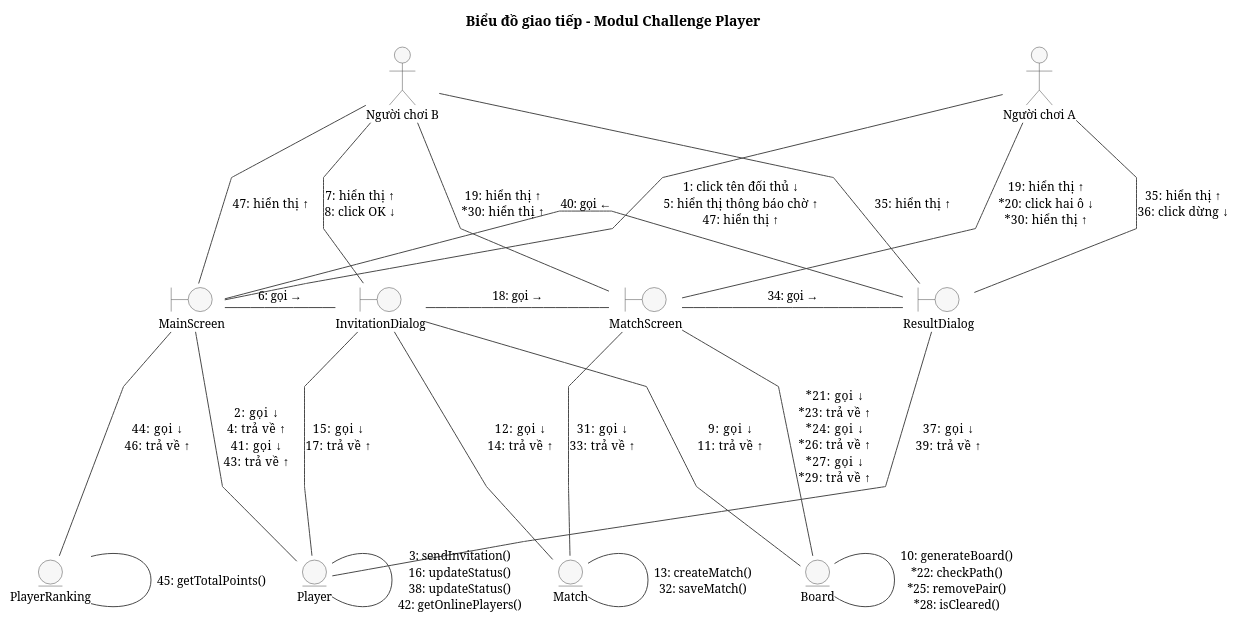
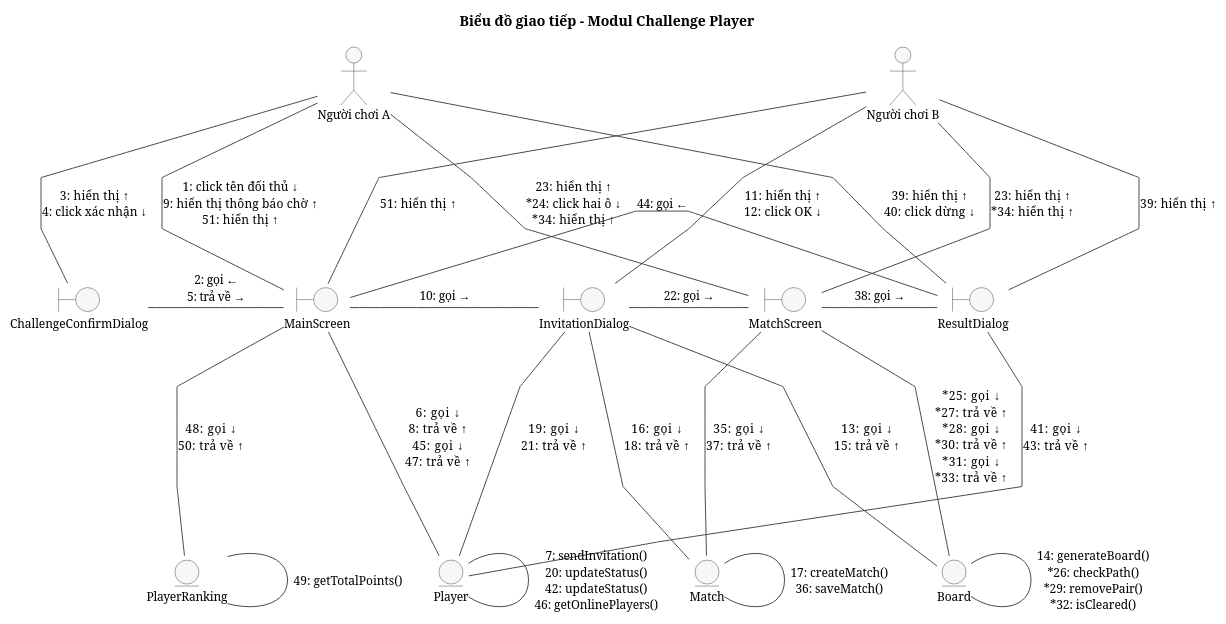
Before and after one commit to VattenL/mobile-pikachu: the diagram in docs/uml/pha2/comm-m3.puml, drawn with PlantUML. The commit also changed 25 other files, not shown here.

First line of the commit message:
docs: apply team review on use cases and challenge flow

```diff
--- a/docs/uml/pha2/comm-m3.puml
+++ b/docs/uml/pha2/comm-m3.puml
@@ -1,62 +1,65 @@
 @startuml comm-m3
 title Biểu đồ giao tiếp - Modul Challenge Player
 
 skinparam shadowing false
 skinparam linetype polyline
 skinparam nodesep 60
 skinparam ranksep 110
 skinparam defaultFontSize 12
 skinparam ArrowColor #4A4A4A
 skinparam actor {
   BackgroundColor #F7F7F7
   BorderColor #4A4A4A
 }
 skinparam boundary {
   BackgroundColor #F7F7F7
   BorderColor #4A4A4A
 }
 skinparam entity {
   BackgroundColor #F7F7F7
   BorderColor #4A4A4A
 }
 
 actor "Người chơi B" as B
 actor "Người chơi A" as A
 
+boundary ChallengeConfirmDialog
 boundary MainScreen
 boundary InvitationDialog
 boundary MatchScreen
 boundary ResultDialog
 
 entity Player
 entity PlayerRanking
 entity Match
 entity Board
 
-A -down- MainScreen : "1: click tên đối thủ ↓\n5: hiển thị thông báo chờ ↑\n47: hiển thị ↑"
-B -down- MainScreen : "47: hiển thị ↑"
-B -down- InvitationDialog : "7: hiển thị ↑\n8: click OK ↓"
-A -down- MatchScreen : "19: hiển thị ↑\n<U+002A>20: click hai ô ↓\n<U+002A>30: hiển thị ↑"
-B -down- MatchScreen : "19: hiển thị ↑\n<U+002A>30: hiển thị ↑"
-A -down- ResultDialog : "35: hiển thị ↑\n36: click dừng ↓"
-B -down- ResultDialog : "35: hiển thị ↑"
+A -down- MainScreen : "1: click tên đối thủ ↓\n9: hiển thị thông báo chờ ↑\n51: hiển thị ↑"
+A -down- ChallengeConfirmDialog : "3: hiển thị ↑\n4: click xác nhận ↓"
+B -down- MainScreen : "51: hiển thị ↑"
+B -down- InvitationDialog : "11: hiển thị ↑\n12: click OK ↓"
+A -down- MatchScreen : "23: hiển thị ↑\n<U+002A>24: click hai ô ↓\n<U+002A>34: hiển thị ↑"
+B -down- MatchScreen : "23: hiển thị ↑\n<U+002A>34: hiển thị ↑"
+A -down- ResultDialog : "39: hiển thị ↑\n40: click dừng ↓"
+B -down- ResultDialog : "39: hiển thị ↑"
 
-MainScreen -right- InvitationDialog : "6: gọi →"
-InvitationDialog -right- MatchScreen : "18: gọi →"
-MatchScreen -right- ResultDialog : "34: gọi →"
-ResultDialog -[norank]- MainScreen : "40: gọi ←"
+ChallengeConfirmDialog -right- MainScreen : "2: gọi ←\n5: trả về →"
+MainScreen -right- InvitationDialog : "10: gọi →"
+InvitationDialog -right- MatchScreen : "22: gọi →"
+MatchScreen -right- ResultDialog : "38: gọi →"
+ResultDialog -[norank]- MainScreen : "44: gọi ←"
 
-MainScreen -down- Player : "2: gọi ↓\n4: trả về ↑\n41: gọi ↓\n43: trả về ↑"
-MainScreen -down- PlayerRanking : "44: gọi ↓\n46: trả về ↑"
-InvitationDialog -down- Board : "9: gọi ↓\n11: trả về ↑"
-InvitationDialog -down- Match : "12: gọi ↓\n14: trả về ↑"
-InvitationDialog -down- Player : "15: gọi ↓\n17: trả về ↑"
-MatchScreen -down- Board : "<U+002A>21: gọi ↓\n<U+002A>23: trả về ↑\n<U+002A>24: gọi ↓\n<U+002A>26: trả về ↑\n<U+002A>27: gọi ↓\n<U+002A>29: trả về ↑"
-MatchScreen -down- Match : "31: gọi ↓\n33: trả về ↑"
-ResultDialog -down- Player : "37: gọi ↓\n39: trả về ↑"
+MainScreen -down- Player : "6: gọi ↓\n8: trả về ↑\n45: gọi ↓\n47: trả về ↑"
+MainScreen -down- PlayerRanking : "48: gọi ↓\n50: trả về ↑"
+InvitationDialog -down- Board : "13: gọi ↓\n15: trả về ↑"
+InvitationDialog -down- Match : "16: gọi ↓\n18: trả về ↑"
+InvitationDialog -down- Player : "19: gọi ↓\n21: trả về ↑"
+MatchScreen -down- Board : "<U+002A>25: gọi ↓\n<U+002A>27: trả về ↑\n<U+002A>28: gọi ↓\n<U+002A>30: trả về ↑\n<U+002A>31: gọi ↓\n<U+002A>33: trả về ↑"
+MatchScreen -down- Match : "35: gọi ↓\n37: trả về ↑"
+ResultDialog -down- Player : "41: gọi ↓\n43: trả về ↑"
 
-Player -[norank]- Player : "3: sendInvitation()\n16: updateStatus()\n38: updateStatus()\n42: getOnlinePlayers()"
-PlayerRanking -[norank]- PlayerRanking : "45: getTotalPoints()"
-Match -[norank]- Match : "13: createMatch()\n32: saveMatch()"
-Board -[norank]- Board : "10: generateBoard()\n<U+002A>22: checkPath()\n<U+002A>25: removePair()\n<U+002A>28: isCleared()"
+Player -[norank]- Player : "7: sendInvitation()\n20: updateStatus()\n42: updateStatus()\n46: getOnlinePlayers()"
+PlayerRanking -[norank]- PlayerRanking : "49: getTotalPoints()"
+Match -[norank]- Match : "17: createMatch()\n36: saveMatch()"
+Board -[norank]- Board : "14: generateBoard()\n<U+002A>26: checkPath()\n<U+002A>29: removePair()\n<U+002A>32: isCleared()"
 @enduml
```
